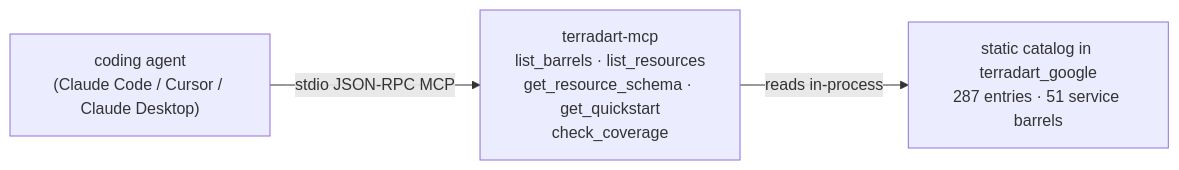
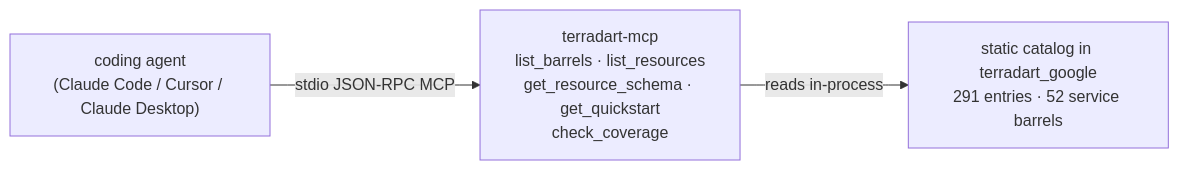
One commit to nozomi-koborinai/terradart changed the diagram in website/src/content/docs/docs/agent/index.md. Above: the diagram before and after it, drawn with Mermaid. The commit also changed other lines of this file and 30 other files, not shown here.

````diff
--- a/website/src/content/docs/docs/agent/index.md
+++ b/website/src/content/docs/docs/agent/index.md
@@ -12,8 +12,8 @@
 ```mermaid
 graph LR
   agent["coding agent<br/>(Claude Code / Cursor / Claude Desktop)"]
   mcp["terradart-mcp<br/>list_barrels · list_resources<br/>get_resource_schema · get_quickstart<br/>check_coverage"]
-  catalog["static catalog in terradart_google<br/>287 entries · 51 service barrels"]
+  catalog["static catalog in terradart_google<br/>291 entries · 52 service barrels"]
   agent -->|stdio JSON-RPC MCP| mcp
   mcp -->|reads in-process| catalog
 ```
````
